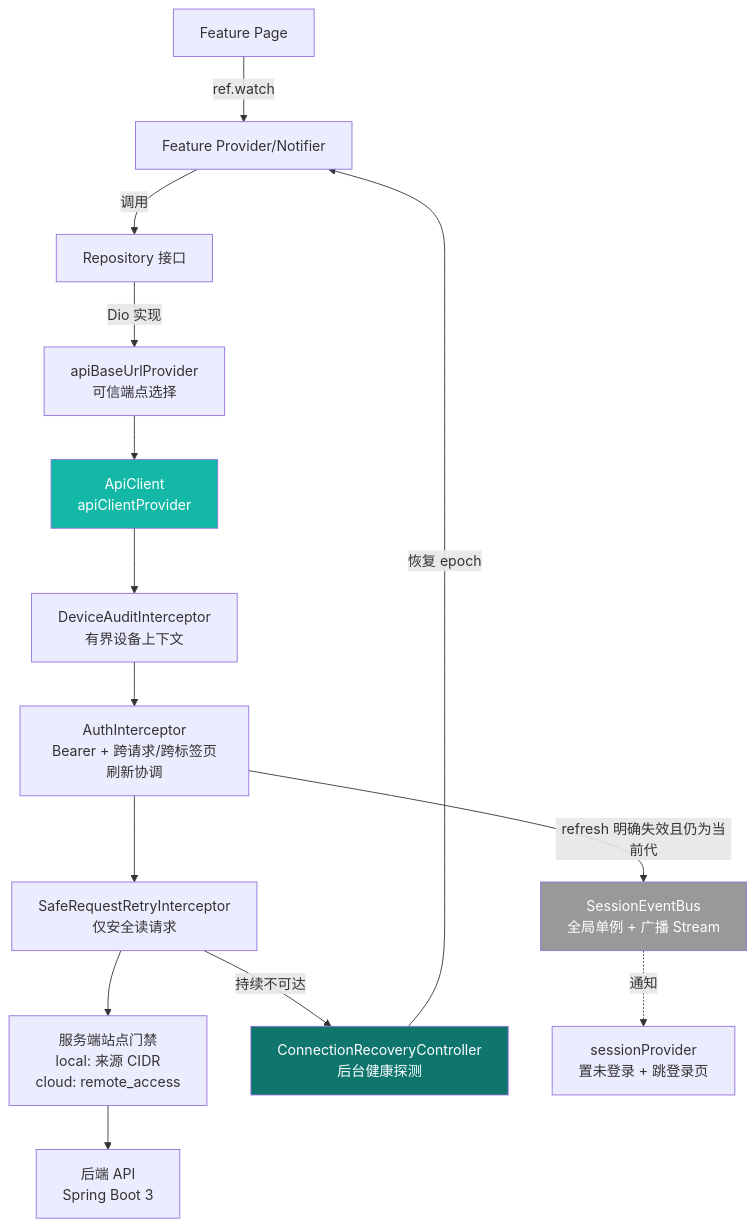
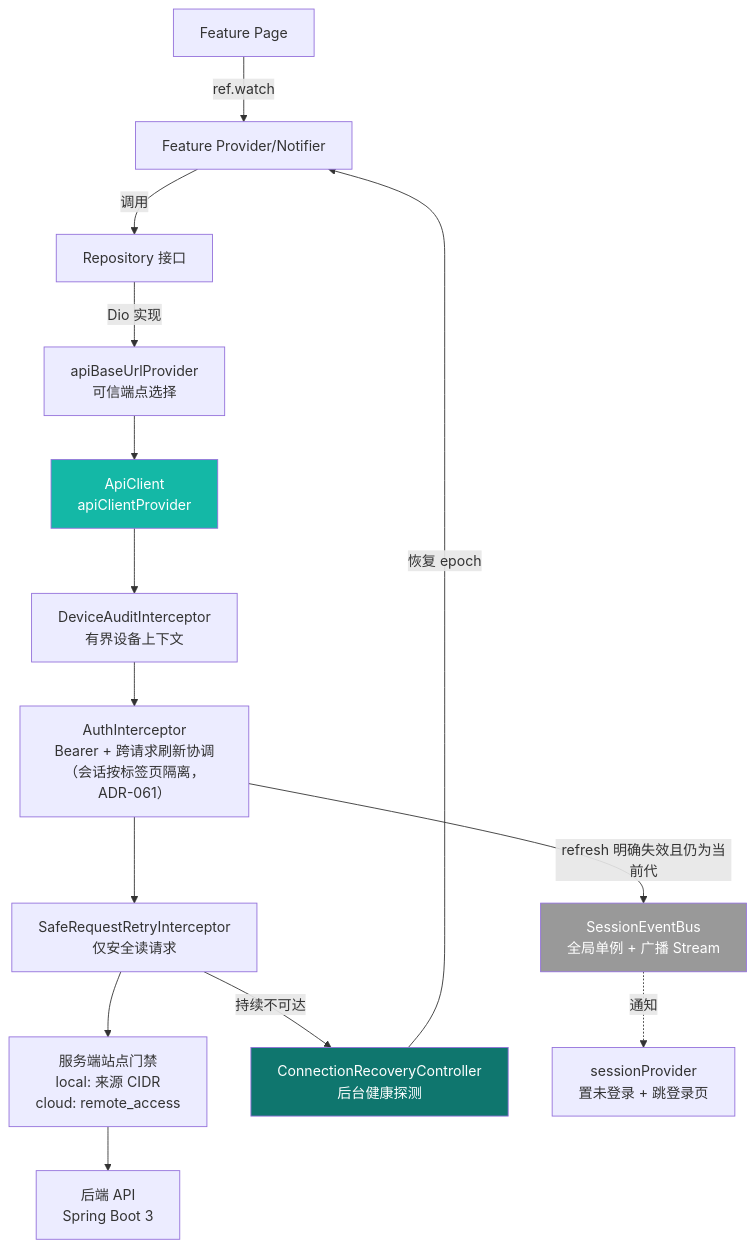
One commit to BruceChu0424/utenelec_imp changed the diagram in docs/05-架构/网络层与拦截器.md. Above: the diagram before and after it, drawn with Mermaid. The commit also changed other lines of this file and 24 other files, not shown here.

First line of the commit message:
feat(auth): 会话记录按标签页隔离，支持同浏览器多账号并行登录（ADR-061）

````diff
--- a/docs/05-架构/网络层与拦截器.md
+++ b/docs/05-架构/网络层与拦截器.md
@@ -28,20 +28,20 @@
 ```mermaid
 flowchart TD
     UI[Feature Page] -->|ref.watch| Prov[Feature Provider/Notifier]
     Prov -->|调用| Repo[Repository 接口]
     Repo -->|Dio 实现| Select[apiBaseUrlProvider\n可信端点选择]
     Select --> Dio[ApiClient\napiClientProvider]
     Dio --> Audit[DeviceAuditInterceptor\n有界设备上下文]
-    Audit --> Auth[AuthInterceptor\nBearer + 跨请求/跨标签页刷新协调]
+    Audit --> Auth[AuthInterceptor\nBearer + 跨请求刷新协调\n（会话按标签页隔离，ADR-061）]
     Auth --> Retry[SafeRequestRetryInterceptor\n仅安全读请求]
     Retry --> Gate[服务端站点门禁\nlocal: 来源 CIDR\ncloud: remote_access]
     Gate --> API[后端 API\nSpring Boot 3]
     Retry -->|持续不可达| Recovery[ConnectionRecoveryController\n后台健康探测]
     Recovery -->|恢复 epoch| Prov
     Auth -->|refresh 明确失效且仍为当前代| Bus[SessionEventBus\n全局单例 + 广播 Stream]
     Bus -.通知.-> Session[sessionProvider\n置未登录 + 跳登录页]
 
     style Dio fill:#14B8A6,color:#fff
     style Recovery fill:#0F766E,color:#fff
     style Bus fill:#999,color:#fff
 ```
````
